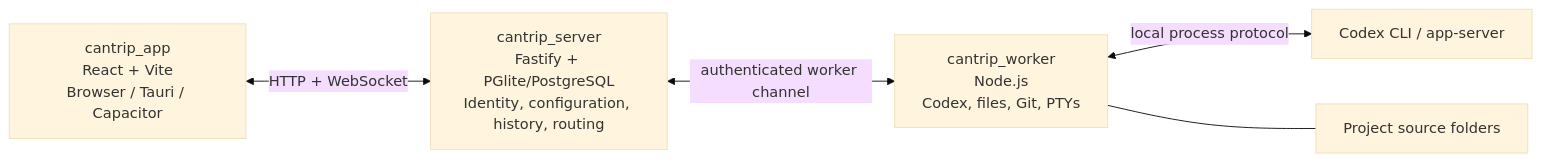
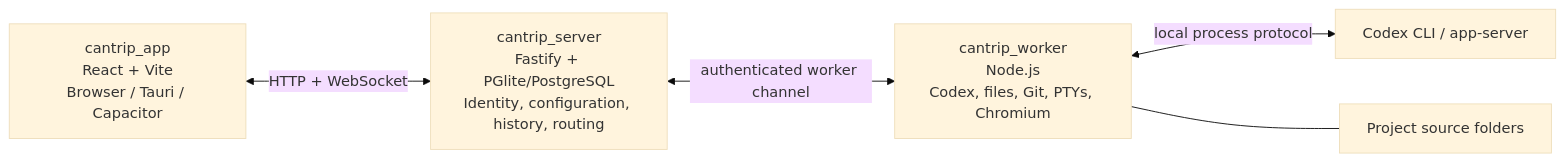
Before and after one commit to ArcaneArts/Cantrip: the diagram in README.md, drawn with Mermaid (base theme). The commit also changed other lines of this file and 20 other files, not shown here.

Commit message:
feat: stream worker Chromium browser tabs

````diff
--- a/README.md
+++ b/README.md
@@ -39,13 +39,13 @@
 ```mermaid
 flowchart LR
     APP["cantrip_app<br/>React + Vite<br/>Browser / Tauri / Capacitor"]
     SERVER["cantrip_server<br/>Fastify + PGlite/PostgreSQL<br/>Identity, configuration, history, routing"]
-    WORKER["cantrip_worker<br/>Node.js<br/>Codex, files, Git, PTYs"]
+    WORKER["cantrip_worker<br/>Node.js<br/>Codex, files, Git, PTYs, Chromium"]
     CODEX["Codex CLI / app-server"]
     FILES["Project source folders"]
 
     APP <-->|"HTTP + WebSocket"| SERVER
     SERVER <-->|"authenticated worker channel"| WORKER
     WORKER <-->|"local process protocol"| CODEX
     WORKER --- FILES
 ```
````
